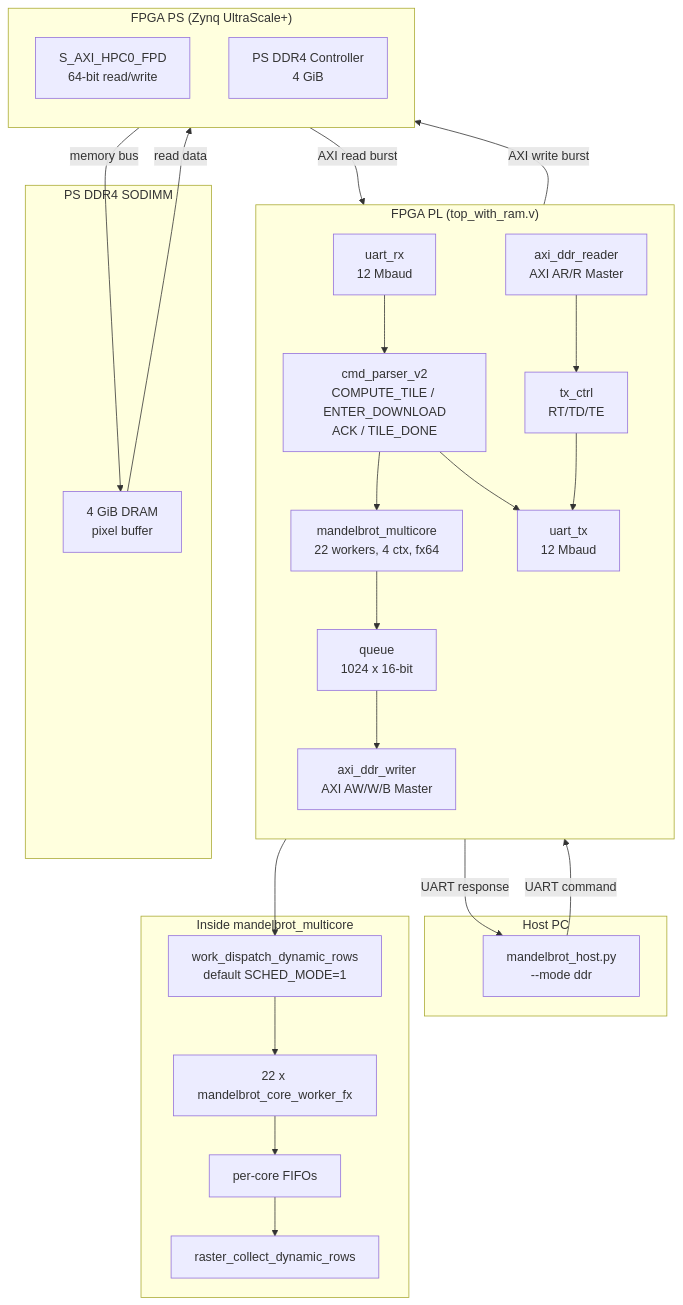
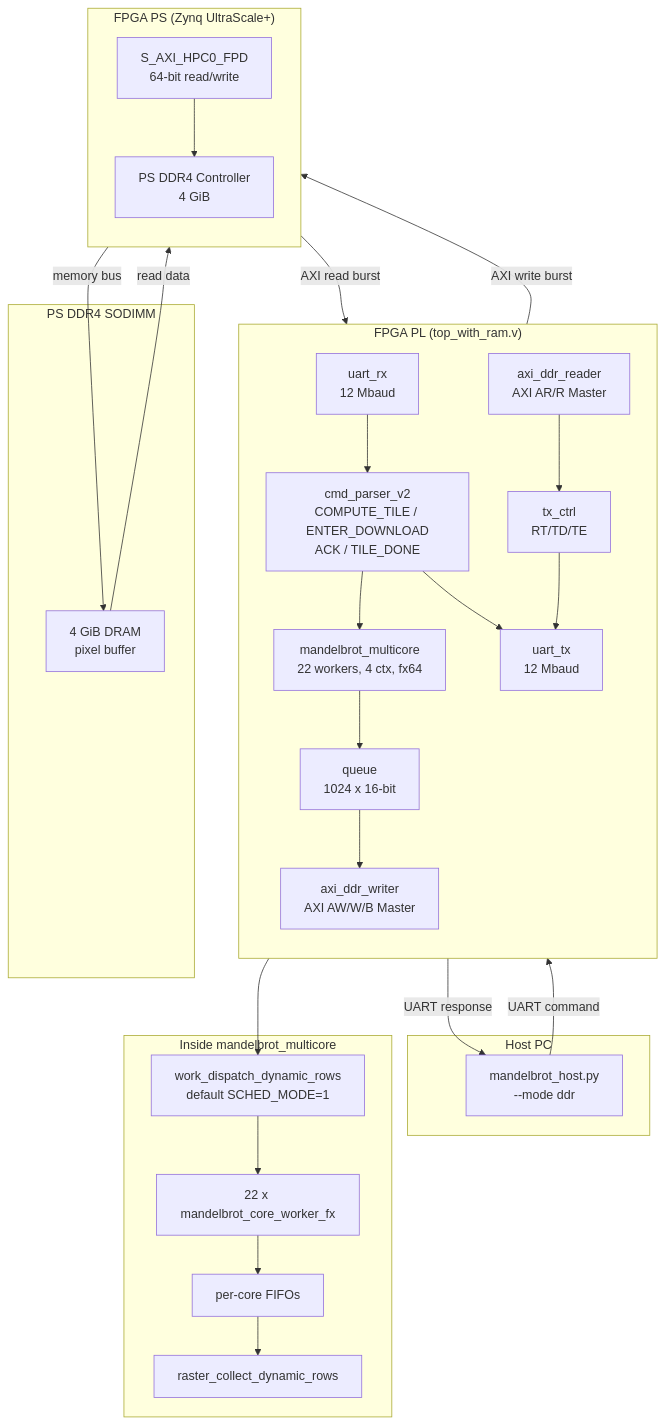
One commit to RESBI/FPGA-Mandelbrot-Demo changed the second of 4 diagrams in README.md. Above: the diagram before and after it, drawn with Mermaid.

Commit message:
Fix mermaid cross-subgraph edges: remove quotes from link labels

````diff
--- a/README.md
+++ b/README.md
@@ -171,52 +171,53 @@
 ```mermaid
 flowchart TB
     subgraph HOST["Host PC"]
         CLI["mandelbrot_host.py<br/>--mode ddr"]
     end
 
     subgraph PL["FPGA PL (top_with_ram.v)"]
         direction TB
         URX["uart_rx<br/>12 Mbaud"]
         CMD["cmd_parser_v2<br/>COMPUTE_TILE / ENTER_DOWNLOAD<br/>ACK / TILE_DONE"]
         CORE["mandelbrot_multicore<br/>22 workers, 4 ctx, fx64"]
         FIFO["queue<br/>1024 x 16-bit"]
         AXIW["axi_ddr_writer<br/>AXI AW/W/B Master"]
         AXIR["axi_ddr_reader<br/>AXI AR/R Master"]
         TXC["tx_ctrl<br/>RT/TD/TE"]
         UTX["uart_tx<br/>12 Mbaud"]
 
         URX --> CMD
         CMD --> CORE
         CORE --> FIFO
         FIFO --> AXIW
         AXIR --> TXC
         TXC --> UTX
         CMD --> UTX
     end
 
     subgraph MC["Inside mandelbrot_multicore"]
         CORE --> DISP[work_dispatch_dynamic_rows<br/>default SCHED_MODE=1]
         DISP --> WORKERS["22 x mandelbrot_core_worker_fx"]
         WORKERS --> CFIFO[per-core FIFOs]
         CFIFO --> MERGE[raster_collect_dynamic_rows]
     end
 
     subgraph PS["FPGA PS (Zynq UltraScale+)"]
         direction TB
         HPC0["S_AXI_HPC0_FPD<br/>64-bit read/write"]
         DDR["PS DDR4 Controller<br/>4 GiB"]
+        HPC0 --> DDR
     end
 
     subgraph DRAM["PS DDR4 SODIMM"]
         MEM["4 GiB DRAM<br/>pixel buffer"]
     end
 
-    CLI -->|"UART command"| URX
-    UTX -->|"UART response"| CLI
+    CLI -->|UART command| URX
+    UTX -->|UART response| CLI
 
-    AXIW -->|"AXI write burst"| HPC0
-    HPC0 -->|"AXI read burst"| AXIR
+    AXIW -->|AXI write burst| HPC0
+    HPC0 -->|AXI read burst| AXIR
 
-    DDR -->|"memory bus"| MEM
-    MEM -->|"read data"| DDR
+    DDR -->|memory bus| MEM
+    MEM -->|read data| DDR
 ```
````
